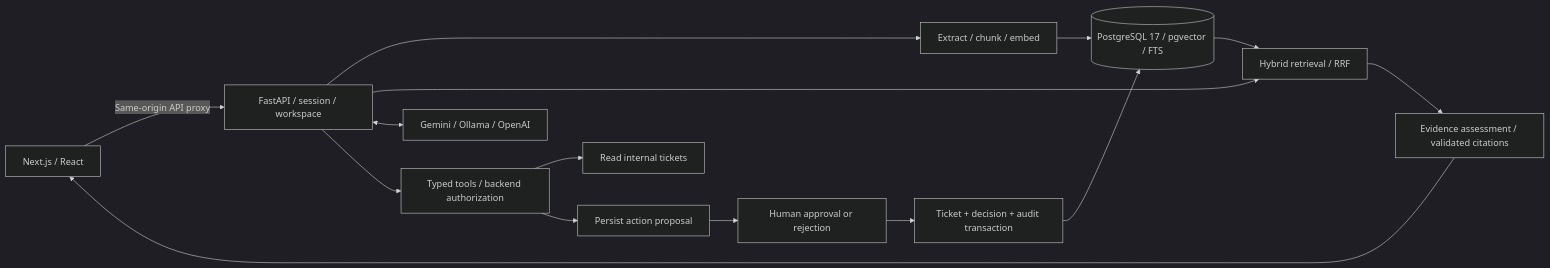
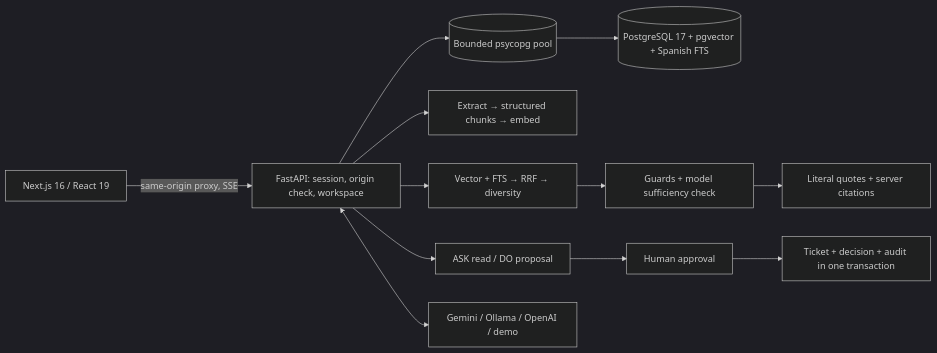
One commit to LucaMZM/mazmi-ops-copilot changed the diagram in README.md. Above: the diagram before and after it, drawn with Mermaid (dark theme). The commit also changed other lines of this file and 6 other files, not shown here.

````diff
--- a/README.md
+++ b/README.md
@@ -54,17 +47,14 @@
 ```mermaid
 flowchart LR
-    Browser[Next.js / React] -->|Same-origin API proxy| API[FastAPI / session / workspace]
-    API --> Ingest[Extract / chunk / embed]
-    Ingest --> DB[(PostgreSQL 17 / pgvector / FTS)]
-    API --> Retrieve[Hybrid retrieval / RRF]
-    DB --> Retrieve
-    Retrieve --> Evidence[Evidence assessment / validated citations]
-    Evidence --> Browser
-    API <--> Providers[Gemini / Ollama / OpenAI]
-    API --> Tools[Typed tools / backend authorization]
-    Tools --> Read[Read internal tickets]
-    Tools --> Proposal[Persist action proposal]
-    Proposal --> Human[Human approval or rejection]
-    Human --> Transaction[Ticket + decision + audit transaction]
-    Transaction --> DB
+    Browser[Next.js 16 / React 19] -->|same-origin proxy, SSE| API[FastAPI: session, origin check, workspace]
+    API --> Pool[(Bounded psycopg pool)]
+    Pool --> DB[(PostgreSQL 17 + pgvector + Spanish FTS)]
+    API --> Ingest[Extract → structured chunks → embed]
+    API --> Retrieve[Vector + FTS → RRF → diversity]
+    Retrieve --> Assess[Guards + model sufficiency check]
+    Assess --> Quote[Literal quotes + server citations]
+    API --> Tools[ASK read / DO proposal]
+    Tools --> Approval[Human approval]
+    Approval --> Tx[Ticket + decision + audit in one transaction]
+    API <--> Providers[Gemini / Ollama / OpenAI / demo]
 ```
````
